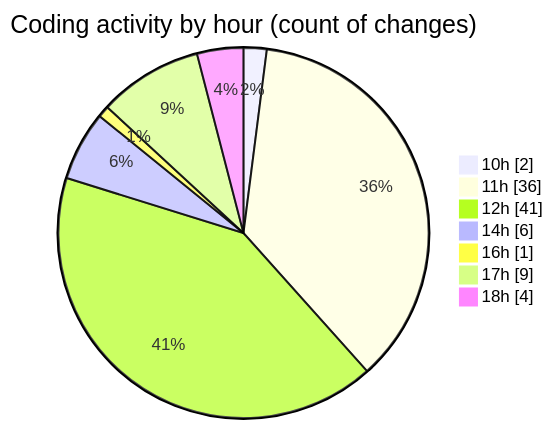
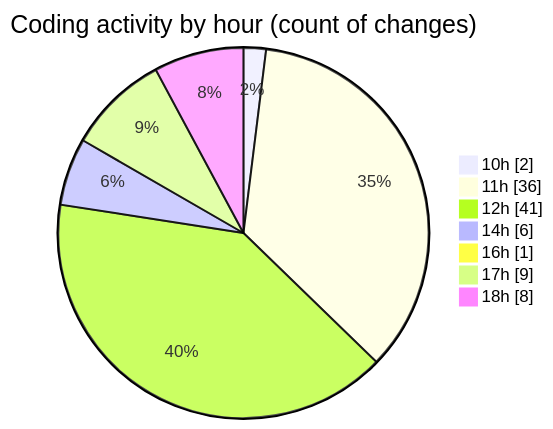
One commit to nxtqubesakshisongat/code-tracking changed the second of 2 diagrams in 2025-05-13/argos-dev/README.md. Above: the diagram before and after it, drawn with Mermaid. The commit also changed other lines of this file and 1 other file, not shown here.

````diff
--- a/2025-05-13/argos-dev/README.md
+++ b/2025-05-13/argos-dev/README.md
@@ -34,11 +34,11 @@
 ```mermaid
 pie showData
 title Coding activity by hour (count of changes)
 "10h" : 2
 "11h" : 36
 "12h" : 41
 "14h" : 6
 "16h" : 1
 "17h" : 9
-"18h" : 4
+"18h" : 8
 ```
````
